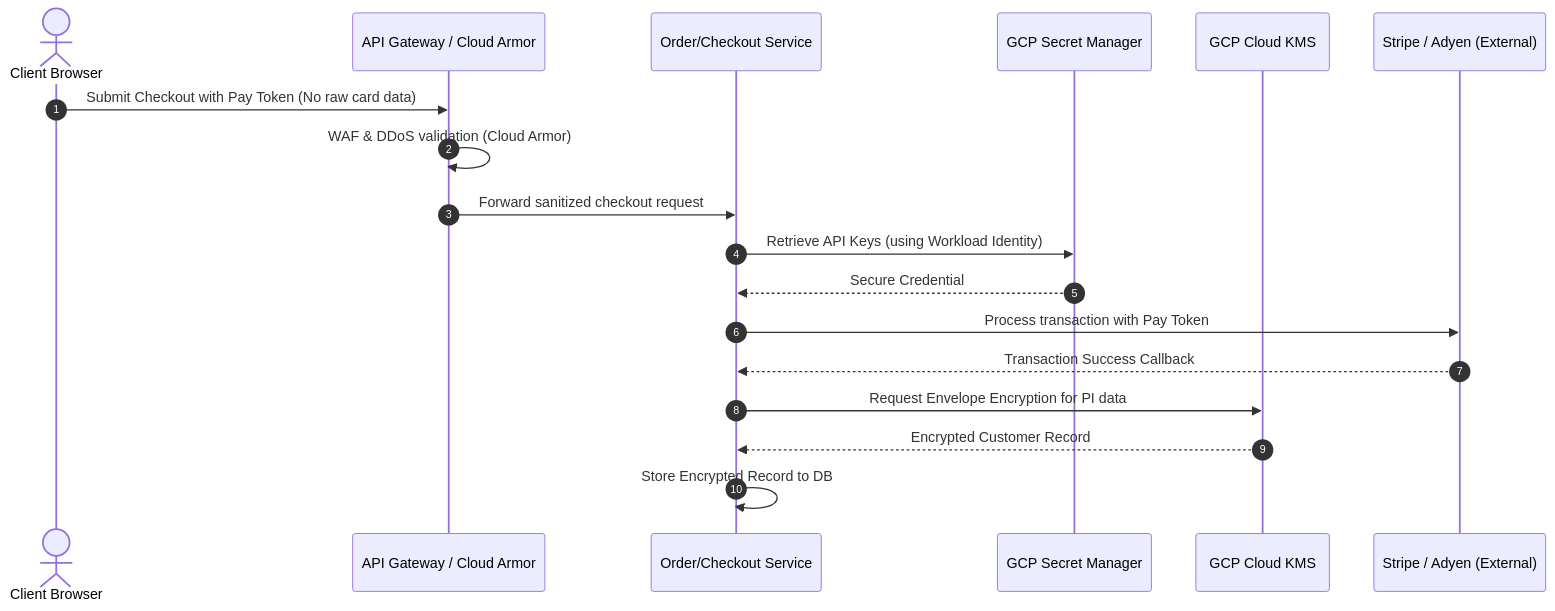
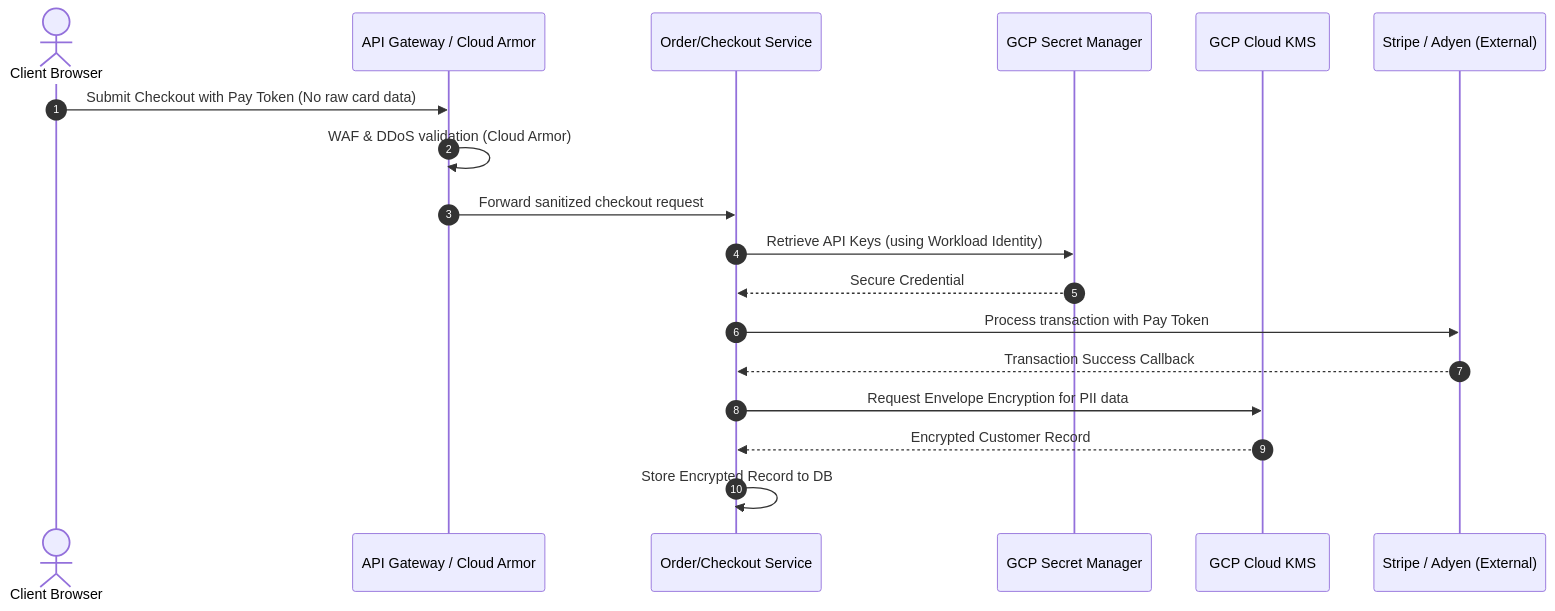
Before and after one commit to drapic88/abysalto-webshop: the second of 4 diagrams in doc/deep_dive.md, drawn with Mermaid. The commit also changed other lines of this file and 3 other files, not shown here.

````diff
--- a/doc/deep_dive.md
+++ b/doc/deep_dive.md
@@ -66,21 +66,21 @@
 ```mermaid
 sequenceDiagram
     autonumber
     actor User as Client Browser
     participant Gateway as API Gateway / Cloud Armor
     participant App as Order/Checkout Service
     participant Vault as GCP Secret Manager
     participant KMS as GCP Cloud KMS
     participant GatewayPay as Stripe / Adyen (External)
 
     User->>Gateway: Submit Checkout with Pay Token (No raw card data)
     Gateway->>Gateway: WAF & DDoS validation (Cloud Armor)
     Gateway->>App: Forward sanitized checkout request
     App->>Vault: Retrieve API Keys (using Workload Identity)
     Vault-->>App: Secure Credential
     App->>GatewayPay: Process transaction with Pay Token
     GatewayPay-->>App: Transaction Success Callback
-    App->>KMS: Request Envelope Encryption for PI data
+    App->>KMS: Request Envelope Encryption for PII data
     KMS-->>App: Encrypted Customer Record
     App->>App: Store Encrypted Record to DB
 ```
````
